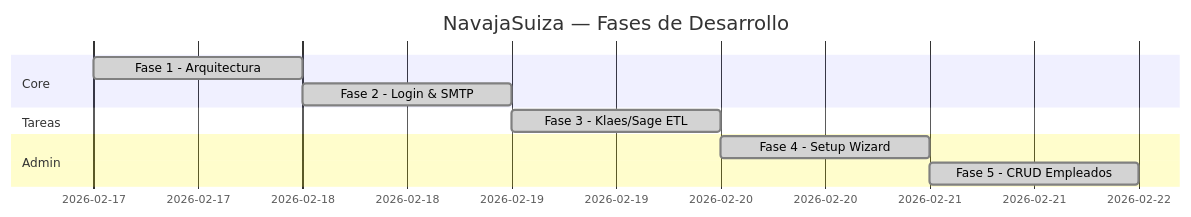
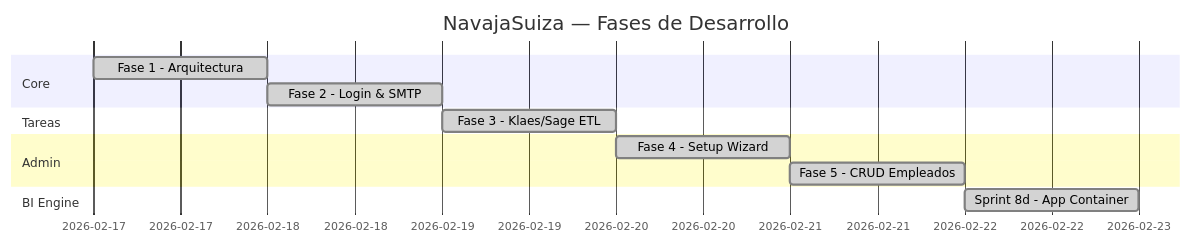
One commit to francelta/navajasuiza changed the first of 2 diagrams in docs/WALKTHROUGH.md. Above: the diagram before and after it, drawn with Mermaid. The commit also changed other lines of this file and 12 other files, not shown here.

First line of the commit message:
Sprint 8d: BI Application Container (Multi-Script, Multi-Sheet)

````diff
--- a/docs/WALKTHROUGH.md
+++ b/docs/WALKTHROUGH.md
@@ -15,13 +15,15 @@
 ```mermaid
 gantt
     title NavajaSuiza — Fases de Desarrollo
     dateFormat YYYY-MM-DD
     section Core
         Fase 1 - Arquitectura       :done, f1, 2026-02-17, 1d
         Fase 2 - Login & SMTP       :done, f2, after f1, 1d
     section Tareas
         Fase 3 - Klaes/Sage ETL     :done, f3, after f2, 1d
     section Admin
         Fase 4 - Setup Wizard       :done, f4, after f3, 1d
         Fase 5 - CRUD Empleados     :done, f5, after f4, 1d
+    section BI Engine
+        Sprint 8d - App Container   :done, s8d, after f5, 1d
 ```
````
